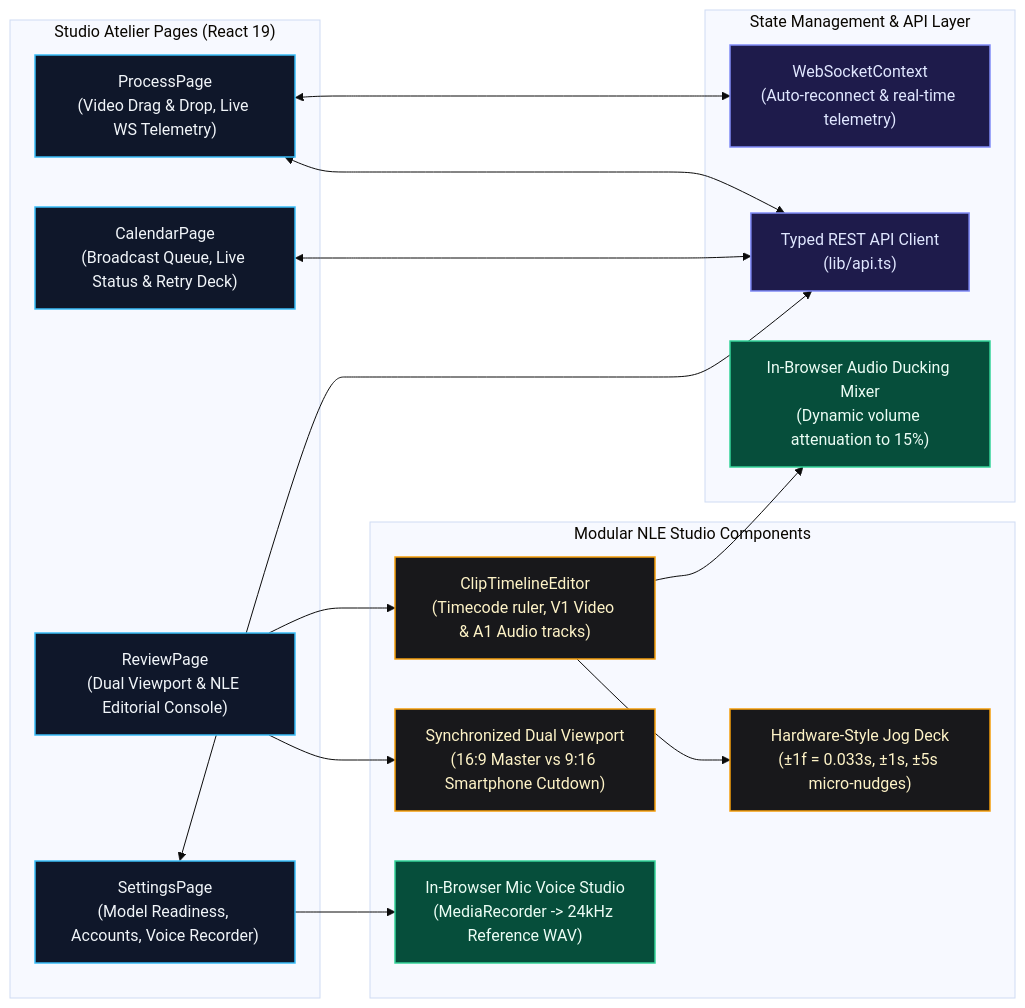
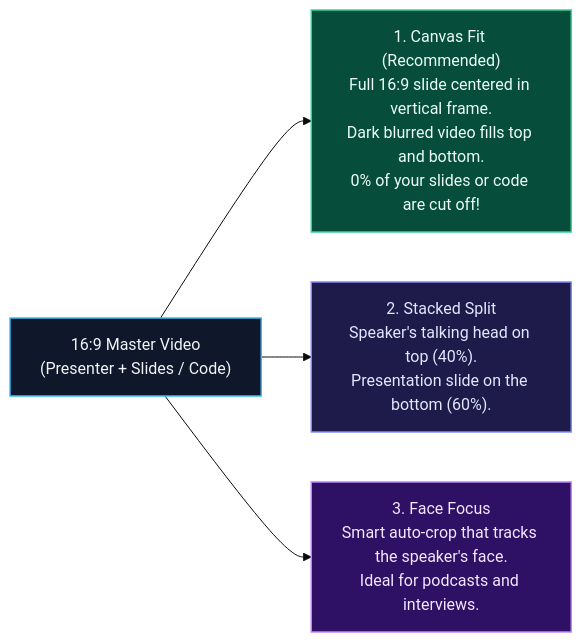
Before and after one commit to DivyamJoshi2005/Alfred: the third of 6 diagrams in README.md, drawn with Mermaid (base theme). The commit also changed other lines of this file and 1 other file, not shown here.

Commit message:
docs: rewrite READMEs in human-friendly, plain English with clear intuitive flowcharts

````diff
--- a/README.md
+++ b/README.md
@@ -199,37 +155,15 @@
 ```mermaid
 flowchart LR
-    classDef page fill:#0f172a,stroke:#38bdf8,stroke-width:1.5px,color:#f1f5f9;
-    classDef state fill:#1e1b4b,stroke:#818cf8,stroke-width:1.5px,color:#e0e7ff;
-    classDef deck fill:#18181b,stroke:#f59e0b,stroke-width:1.5px,color:#fef3c7;
-    classDef audio fill:#064e3b,stroke:#34d399,stroke-width:1.5px,color:#ecfdf5;
+    classDef input fill:#0f172a,stroke:#38bdf8,stroke-width:1.5px,color:#f1f5f9;
+    classDef fit fill:#064e3b,stroke:#34d399,stroke-width:1.5px,color:#ecfdf5;
+    classDef split fill:#1e1b4b,stroke:#818cf8,stroke-width:1.5px,color:#e0e7ff;
+    classDef crop fill:#2e1065,stroke:#c084fc,stroke-width:1.5px,color:#f3e8ff;
 
-    subgraph Pages ["Studio Atelier Pages (React 19)"]
-        ProcessPage["ProcessPage\n(Video Drag & Drop, Live WS Telemetry)"]:::page
-        ReviewPage["ReviewPage\n(Dual Viewport & NLE Editorial Console)"]:::page
-        CalendarPage["CalendarPage\n(Broadcast Queue, Live Status & Retry Deck)"]:::page
-        SettingsPage["SettingsPage\n(Model Readiness, Accounts, Voice Recorder)"]:::page
-    end
+    Input["16:9 Master Video\n(Presenter + Slides / Code)"]:::input --> Mode1
+    Input --> Mode2
+    Input --> Mode3
 
-    subgraph StateAndNet ["State Management & API Layer"]
-        WSContext["WebSocketContext\n(Auto-reconnect & real-time telemetry)"]:::state
-        ApiClient["Typed REST API Client\n(lib/api.ts)"]:::state
-        AudioMixer["In-Browser Audio Ducking Mixer\n(Dynamic volume attenuation to 15%)"]:::audio
-    end
-
-    subgraph ModularDeck ["Modular NLE Studio Components"]
-        TimelineEditor["ClipTimelineEditor\n(Timecode ruler, V1 Video & A1 Audio tracks)"]:::deck
-        JogDeck["Hardware-Style Jog Deck\n(±1f = 0.033s, ±1s, ±5s micro-nudges)"]:::deck
-        DualPlayer["Synchronized Dual Viewport\n(16:9 Master vs 9:16 Smartphone Cutdown)"]:::deck
-        VoiceStudio["In-Browser Mic Voice Studio\n(MediaRecorder -> 24kHz Reference WAV)"]:::audio
-    end
-
-    ProcessPage <--> ApiClient
-    ProcessPage <--> WSContext
-    ReviewPage --> DualPlayer
-    ReviewPage --> TimelineEditor
-    TimelineEditor --> JogDeck
-    TimelineEditor --> AudioMixer
-    CalendarPage <--> ApiClient
-    SettingsPage --> VoiceStudio
-    SettingsPage <--> ApiClient
+    Mode1["1. Canvas Fit (Recommended)\nFull 16:9 slide centered in vertical frame.\nDark blurred video fills top and bottom.\n0% of your slides or code are cut off!"]:::fit
+    Mode2["2. Stacked Split\nSpeaker's talking head on top (40%).\nPresentation slide on the bottom (60%)."]:::split
+    Mode3["3. Face Focus\nSmart auto-crop that tracks the speaker's face.\nIdeal for podcasts and interviews."]:::crop
 ```
````
